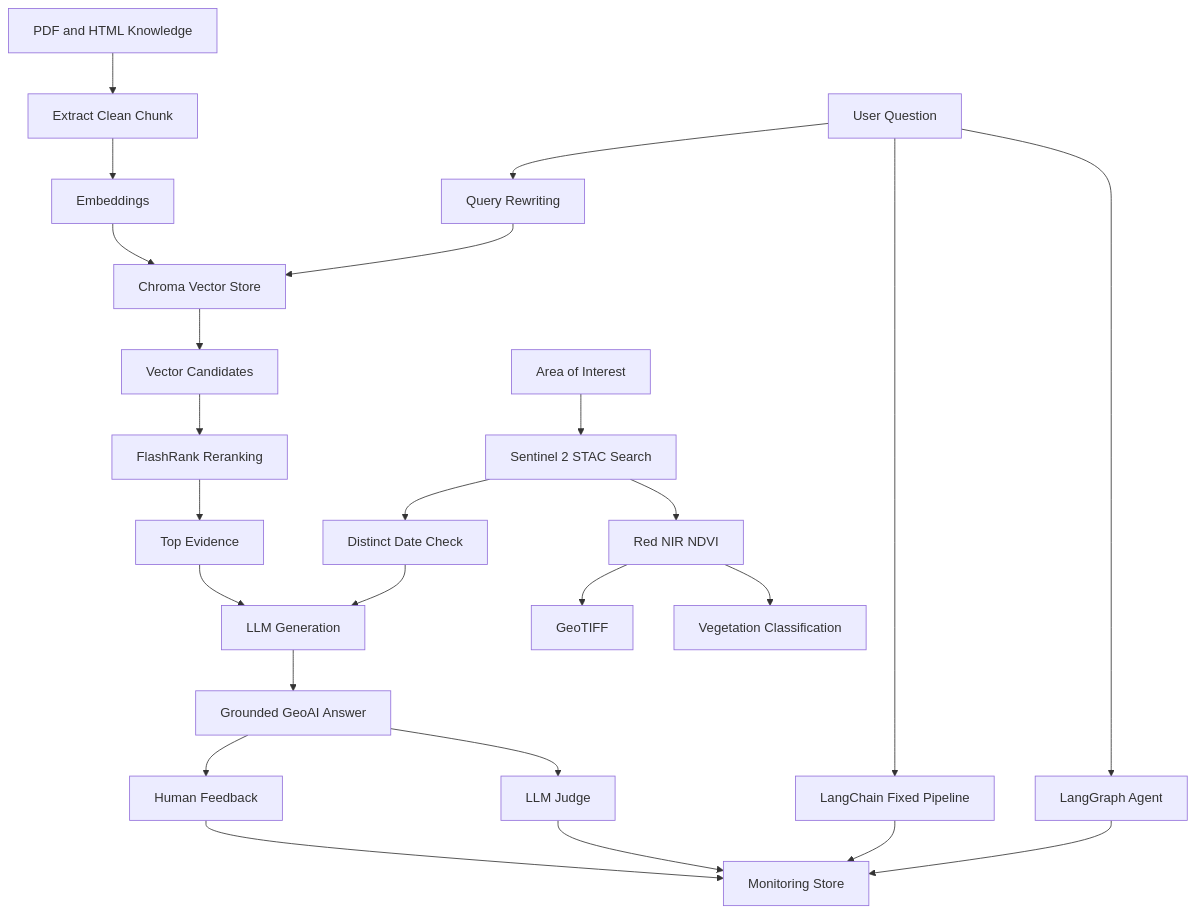
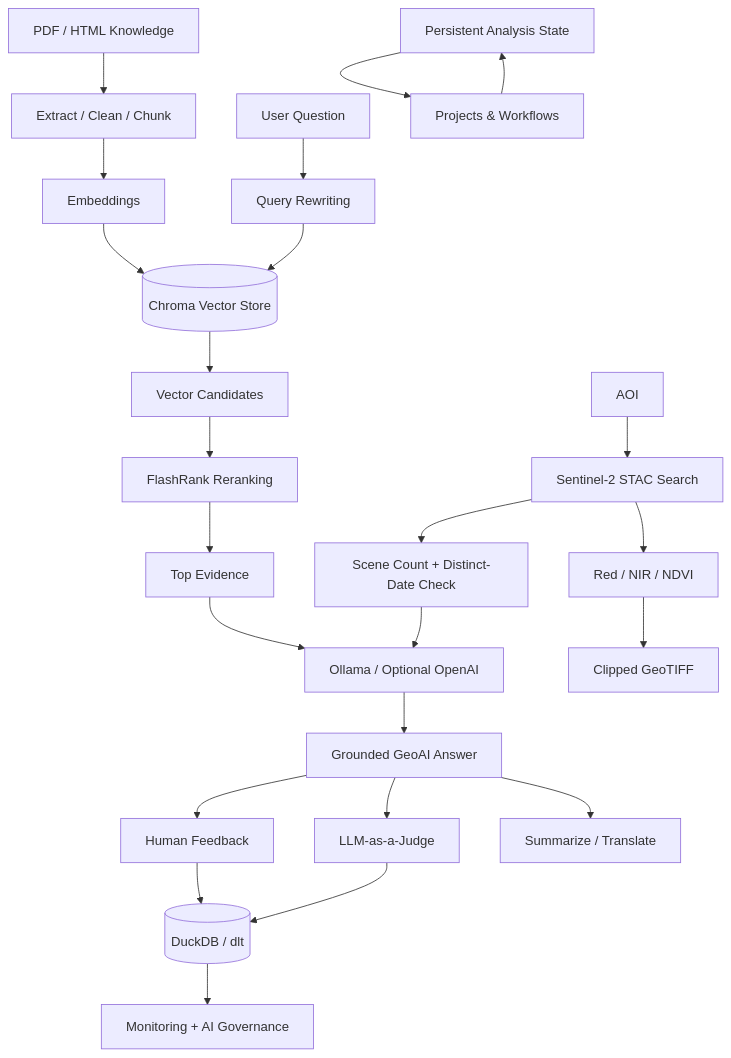
The diagram in README.md (hanaahammad/geoscope-agent), drawn with Mermaid before and after one commit. The commit also changed other lines of this file and 1 other file, not shown here.

Commit message:
Finalize README and GeoScope capstone

````diff
--- a/README.md
+++ b/README.md
@@ -125,34 +125,33 @@
 ```mermaid
-graph TD
-    A[PDF and HTML Knowledge] --> B[Extract Clean Chunk]
+flowchart TD
+    A[PDF / HTML Knowledge] --> B[Extract / Clean / Chunk]
     B --> C[Embeddings]
-    C --> D[Chroma Vector Store]
+    C --> D[(Chroma Vector Store)]
 
     Q[User Question] --> R[Query Rewriting]
     R --> D
     D --> V[Vector Candidates]
     V --> F[FlashRank Reranking]
     F --> G[Top Evidence]
 
-    H[Area of Interest] --> I[Sentinel 2 STAC Search]
-    I --> J[Distinct Date Check]
+    AOI[AOI] --> STAC[Sentinel-2 STAC Search]
+    STAC --> DATE[Scene Count + Distinct-Date Check]
 
-    G --> K[LLM Generation]
-    J --> K
-    K --> L[Grounded GeoAI Answer]
+    G --> LLM[Ollama / Optional OpenAI]
+    DATE --> LLM
+    LLM --> ANSWER[Grounded GeoAI Answer]
 
-    L --> M[Human Feedback]
-    L --> N[LLM Judge]
+    ANSWER --> FB[Human Feedback]
+    ANSWER --> JUDGE[LLM-as-a-Judge]
+    ANSWER --> TRANS[Summarize / Translate]
 
-    M --> O[Monitoring Store]
-    N --> O
+    FB --> LOG[(DuckDB / dlt)]
+    JUDGE --> LOG
+    LOG --> MON[Monitoring + AI Governance]
 
-    I --> P[Red NIR NDVI]
-    P --> S[GeoTIFF]
-    P --> T[Vegetation Classification]
+    STAC --> RASTER[Red / NIR / NDVI]
+    RASTER --> TIFF[Clipped GeoTIFF]
 
-    Q --> U[LangChain Fixed Pipeline]
-    Q --> W[LangGraph Agent]
-    U --> O
-    W --> O
+    STATE[Persistent Analysis State] --> WF[Projects & Workflows]
+    WF --> STATE
 ```
````
